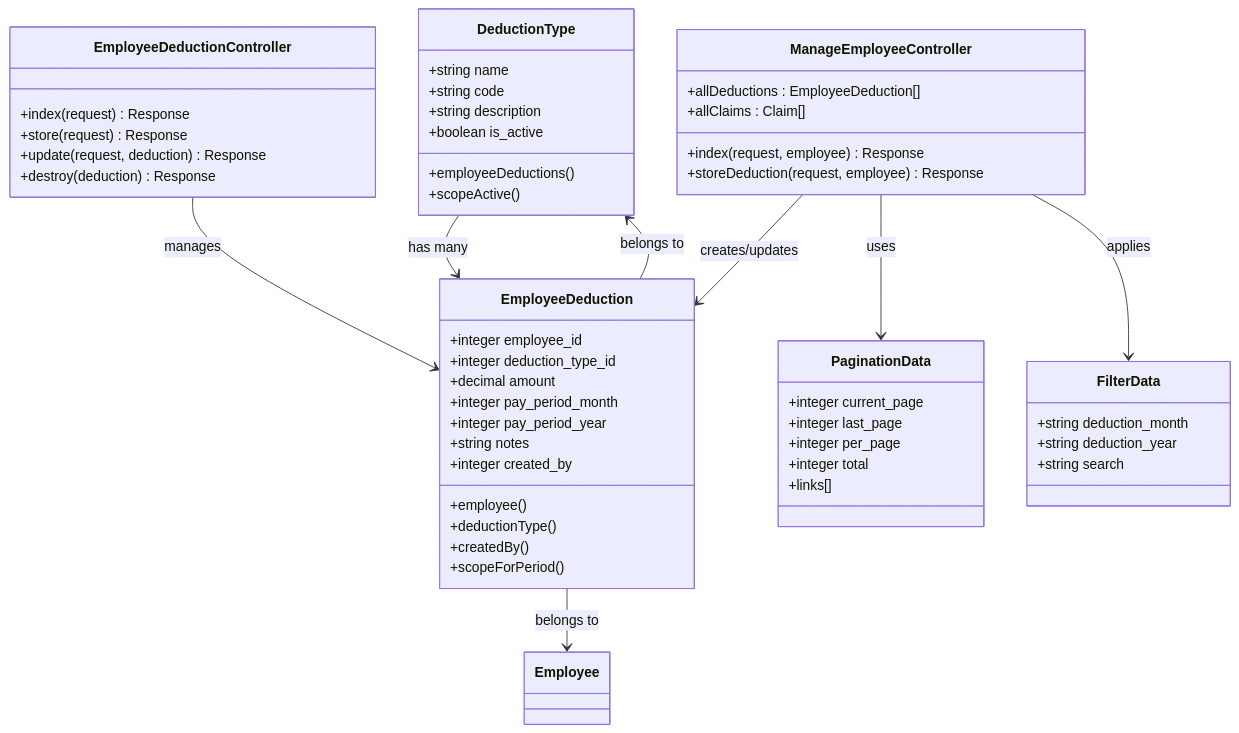
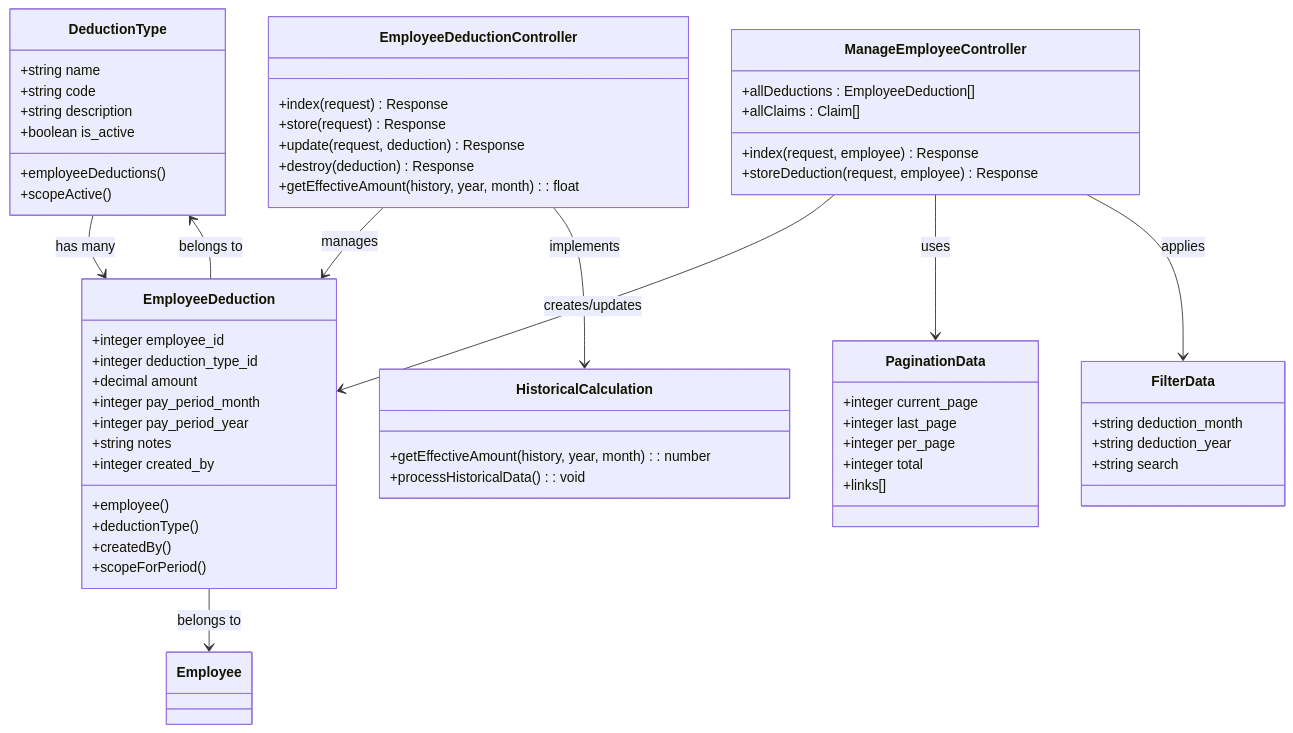
Before and after one commit to vincet0t15/template: the ninth of 19 diagrams in .qoder/repowiki/en/content/Employee Management/Employee Compensation Management.md, drawn with Mermaid. The commit also changed other lines of this file and 11 other files, not shown here.

````diff
--- a/.qoder/repowiki/en/content/Employee Management/Employee Compensation Management.md
+++ b/.qoder/repowiki/en/content/Employee Management/Employee Compensation Management.md
@@ -433,55 +578,61 @@
 ```mermaid
 classDiagram
 class DeductionType {
 +string name
 +string code
 +string description
 +boolean is_active
 +employeeDeductions()
 +scopeActive()
 }
 class EmployeeDeduction {
 +integer employee_id
 +integer deduction_type_id
 +decimal amount
 +integer pay_period_month
 +integer pay_period_year
 +string notes
 +integer created_by
 +employee()
 +deductionType()
 +createdBy()
 +scopeForPeriod()
 }
 class EmployeeDeductionController {
 +index(request) Response
 +store(request) Response
 +update(request, deduction) Response
 +destroy(deduction) Response
++getEffectiveAmount(history, year, month) : float
 }
 class ManageEmployeeController {
 +index(request, employee) Response
 +storeDeduction(request, employee) Response
 +allDeductions : EmployeeDeduction[]
 +allClaims : Claim[]
 }
 class PaginationData {
 +integer current_page
 +integer last_page
 +integer per_page
 +integer total
 +links[]
 }
 class FilterData {
 +string deduction_month
 +string deduction_year
 +string search
 }
+class HistoricalCalculation {
++getEffectiveAmount(history, year, month) : number
++processHistoricalData() : void
+}
 EmployeeDeductionController --> EmployeeDeduction : manages
 EmployeeDeduction --> DeductionType : belongs to
 EmployeeDeduction --> Employee : belongs to
 ManageEmployeeController --> EmployeeDeduction : creates/updates
 DeductionType --> EmployeeDeduction : has many
 ManageEmployeeController --> PaginationData : uses
 ManageEmployeeController --> FilterData : applies
+EmployeeDeductionController --> HistoricalCalculation : implements
 ```
````
